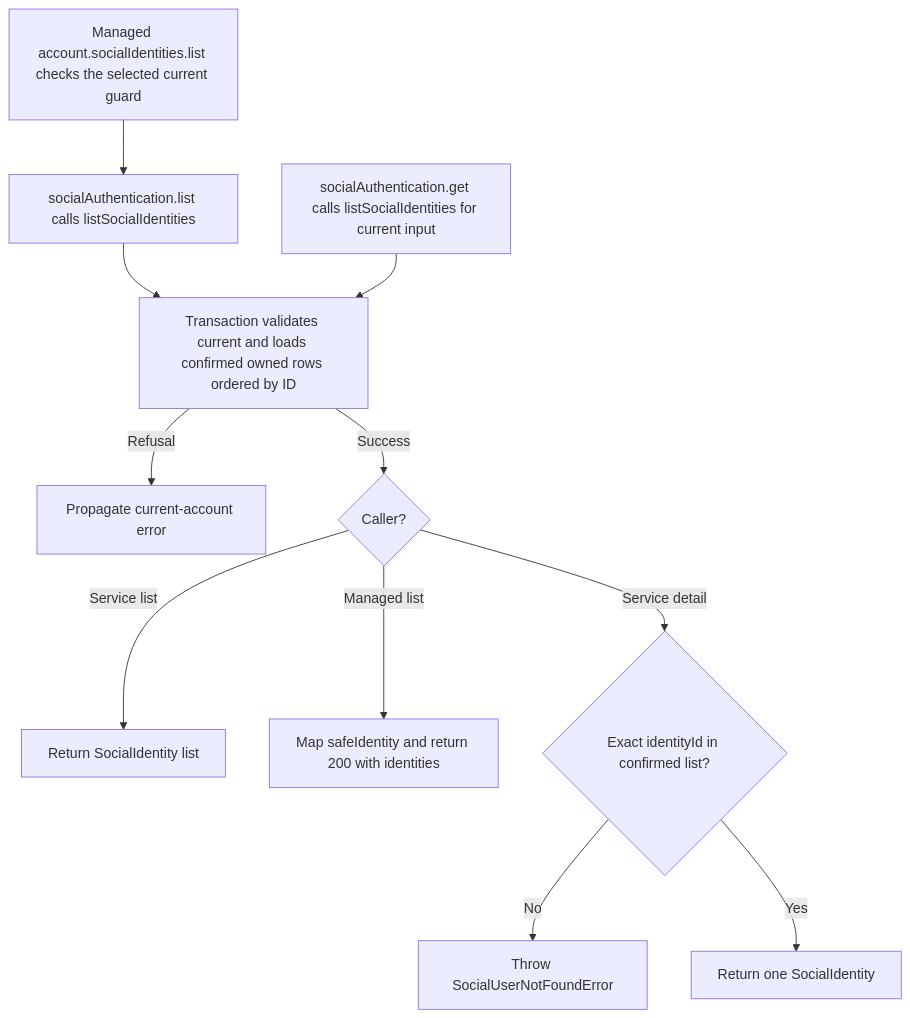
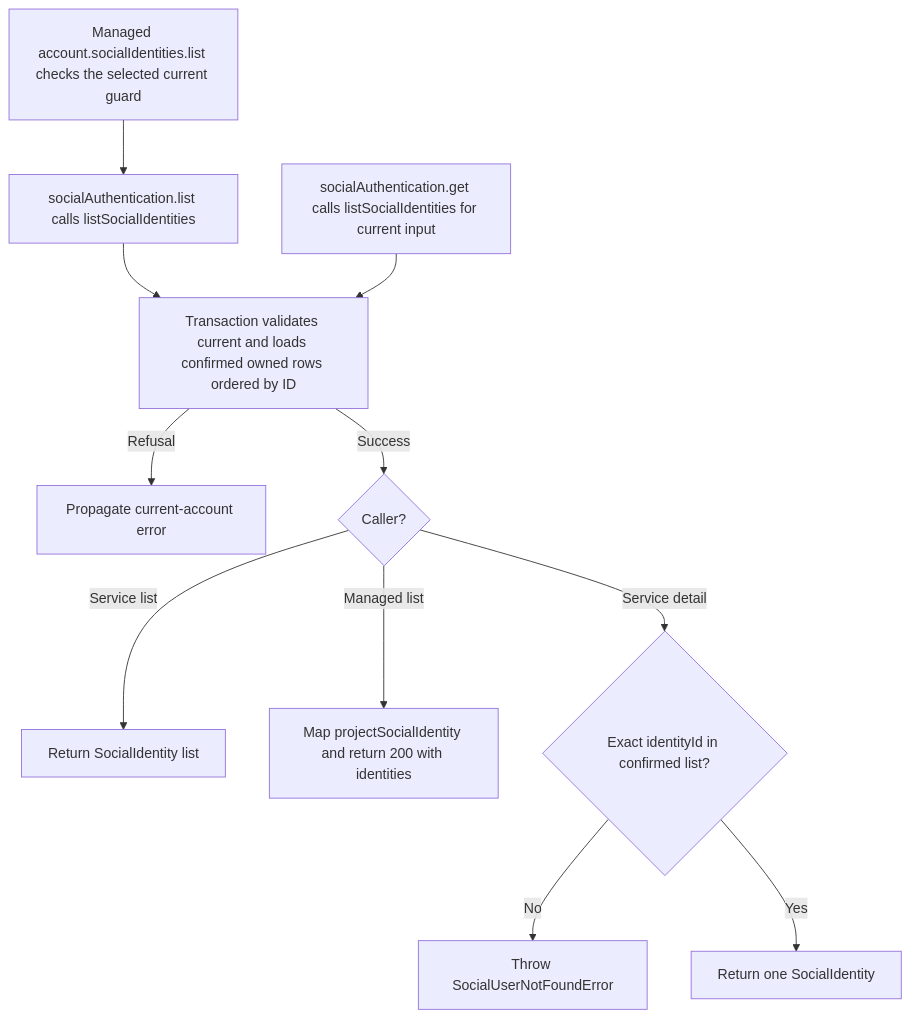
The second of 2 diagrams in user-stories/US-ACCOUNT-53-list-social-identities.md (Kevinjohn/oss-adonisjs-account-kit), drawn with Mermaid before and after one commit. The commit also changed 29 other files, not shown here.

````diff
--- a/user-stories/US-ACCOUNT-53-list-social-identities.md
+++ b/user-stories/US-ACCOUNT-53-list-social-identities.md
@@ -36,13 +36,13 @@
 ```mermaid
 flowchart TD
  M["Managed account.socialIdentities.list checks the selected current guard"] --> A
  A["socialAuthentication.list calls listSocialIdentities"] --> B
  D["socialAuthentication.get calls listSocialIdentities for current input"] --> B
  B["Transaction validates current and loads confirmed owned rows ordered by ID"] -->|Refusal| X["Propagate current-account error"]
  B -->|Success| C{"Caller?"}
  C -->|Service list| S["Return SocialIdentity list"]
- C -->|Managed list| H["Map safeIdentity and return 200 with identities"]
+ C -->|Managed list| H["Map projectSocialIdentity and return 200 with identities"]
  C -->|Service detail| F{"Exact identityId in confirmed list?"}
  F -->|No| G["Throw SocialUserNotFoundError"]
  F -->|Yes| I["Return one SocialIdentity"]
 ```
````
